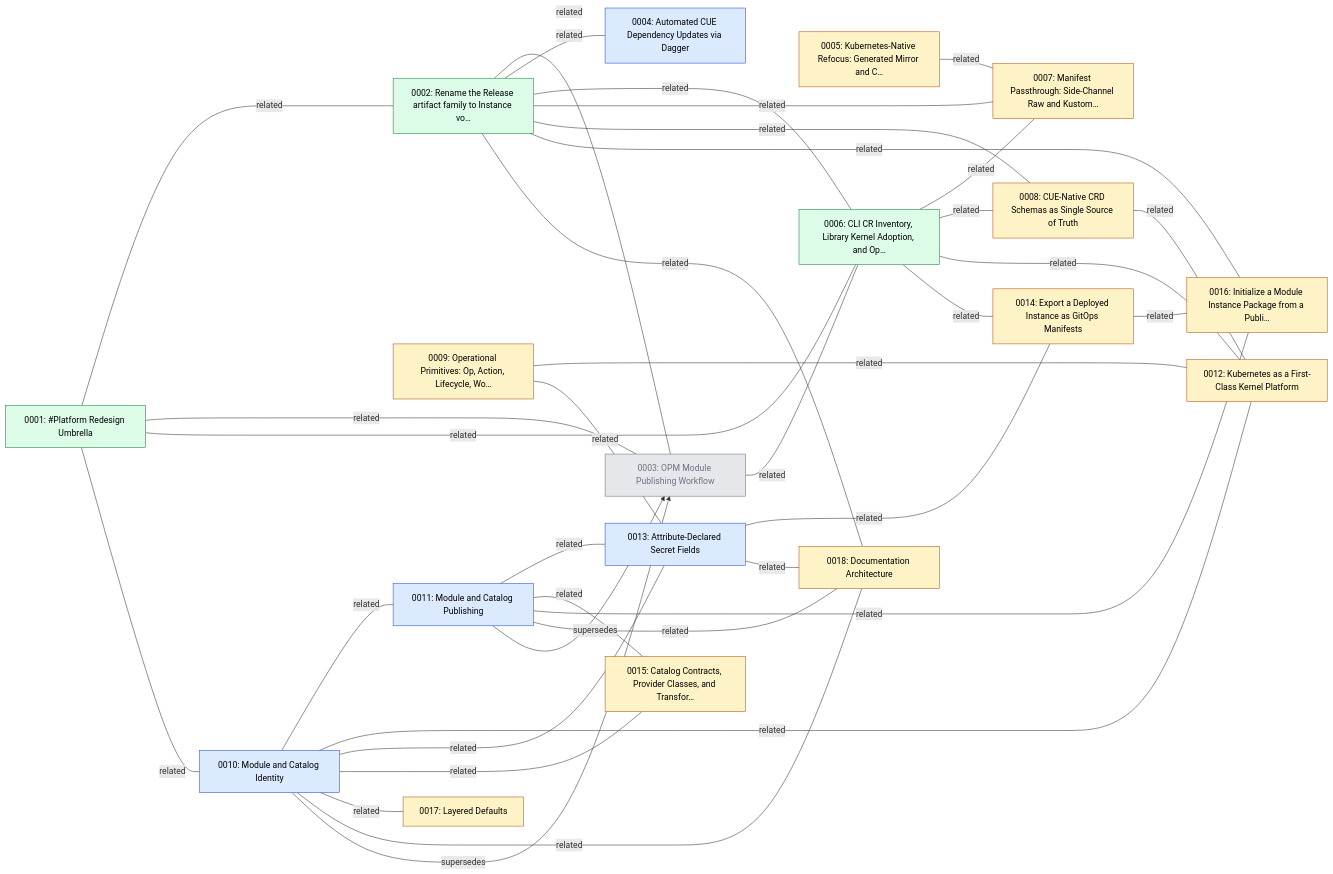
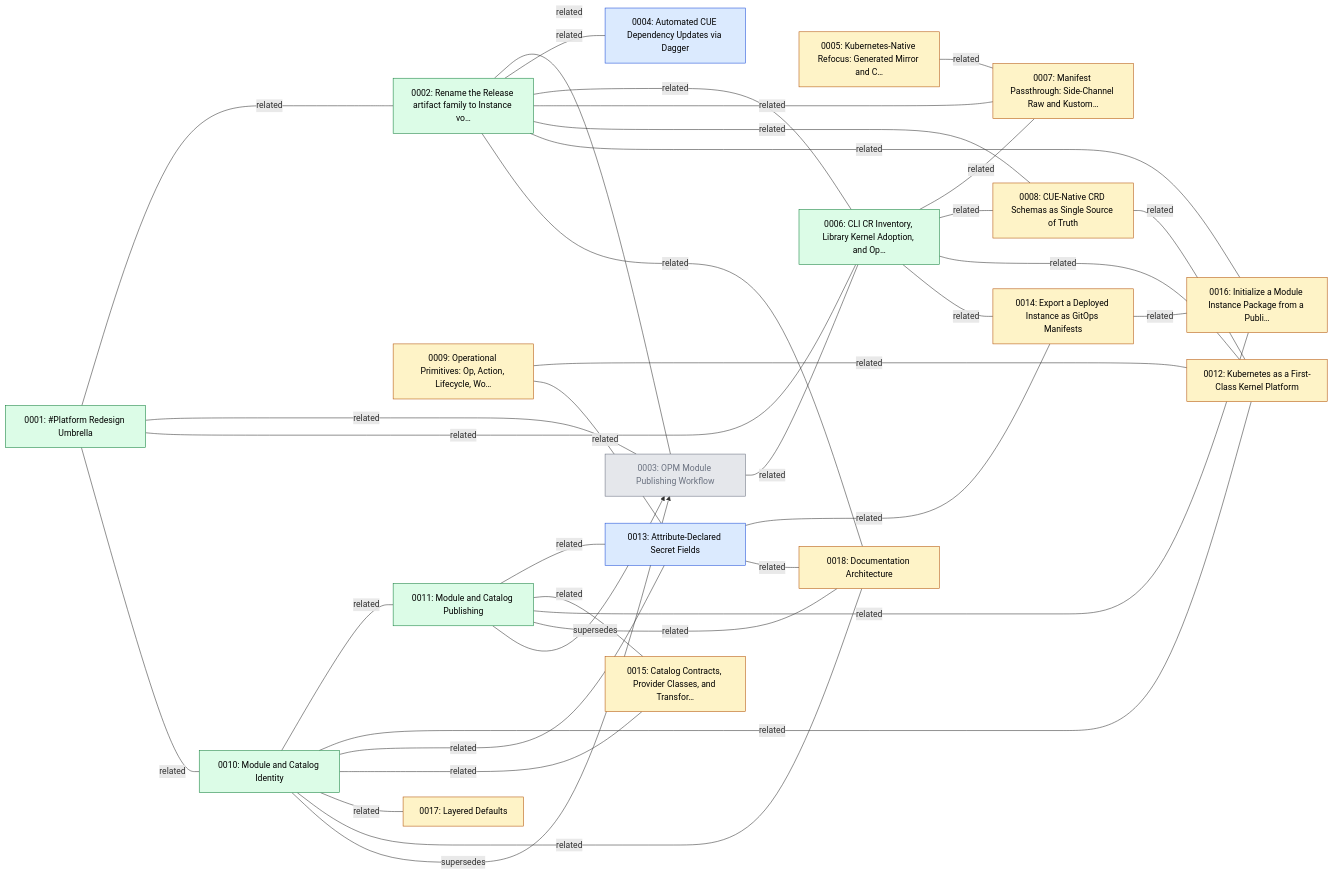
One commit to open-platform-model/enhancements changed the first of 2 diagrams in GRAPH.md. Above: the diagram before and after it, drawn with Mermaid.

````diff
--- a/GRAPH.md
+++ b/GRAPH.md
@@ -5,63 +5,63 @@
 ```mermaid
 graph LR
   classDef draft       fill:#fef3c7,stroke:#b45309,color:#000
   classDef accepted    fill:#dbeafe,stroke:#1d4ed8,color:#000
   classDef implemented fill:#dcfce7,stroke:#15803d,color:#000
   classDef superseded  fill:#e5e7eb,stroke:#6b7280,color:#6b7280
   classDef legacy      fill:#fafafa,stroke:#9ca3af,color:#6b7280,stroke-dasharray:3 3
 
   N0001["0001: #Platform Redesign Umbrella"]:::implemented
   N0002["0002: Rename the Release artifact family to Instance vo…"]:::implemented
   N0003["0003: OPM Module Publishing Workflow"]:::superseded
   N0004["0004: Automated CUE Dependency Updates via Dagger"]:::accepted
   N0005["0005: Kubernetes-Native Refocus: Generated Mirror and C…"]:::draft
   N0006["0006: CLI CR Inventory, Library Kernel Adoption, and Op…"]:::implemented
   N0007["0007: Manifest Passthrough: Side-Channel Raw and Kustom…"]:::draft
   N0008["0008: CUE-Native CRD Schemas as Single Source of Truth"]:::draft
   N0009["0009: Operational Primitives: Op, Action, Lifecycle, Wo…"]:::draft
-  N0010["0010: Module and Catalog Identity"]:::accepted
-  N0011["0011: Module and Catalog Publishing"]:::accepted
+  N0010["0010: Module and Catalog Identity"]:::implemented
+  N0011["0011: Module and Catalog Publishing"]:::implemented
   N0012["0012: Kubernetes as a First-Class Kernel Platform"]:::draft
   N0013["0013: Attribute-Declared Secret Fields"]:::accepted
   N0014["0014: Export a Deployed Instance as GitOps Manifests"]:::draft
   N0015["0015: Catalog Contracts, Provider Classes, and Transfor…"]:::draft
   N0016["0016: Initialize a Module Instance Package from a Publi…"]:::draft
   N0017["0017: Layered Defaults"]:::draft
   N0018["0018: Documentation Architecture"]:::draft
 
   N0001 ---|related| N0002
   N0001 ---|related| N0003
   N0001 ---|related| N0006
   N0001 ---|related| N0010
   N0002 ---|related| N0003
   N0002 ---|related| N0004
   N0002 ---|related| N0006
   N0002 ---|related| N0007
   N0002 ---|related| N0008
   N0002 ---|related| N0016
   N0002 ---|related| N0018
   N0003 ---|related| N0006
   N0005 ---|related| N0007
   N0006 ---|related| N0007
   N0006 ---|related| N0008
   N0006 ---|related| N0012
   N0006 ---|related| N0014
   N0008 ---|related| N0012
   N0009 ---|related| N0012
   N0009 ---|related| N0013
   N0010 ---|related| N0011
   N0010 ---|related| N0012
   N0010 ---|related| N0013
   N0010 ---|related| N0015
   N0010 ---|related| N0017
   N0010 ---|related| N0018
   N0011 ---|related| N0013
   N0011 ---|related| N0015
   N0011 ---|related| N0016
   N0011 ---|related| N0018
   N0013 ---|related| N0014
   N0013 ---|related| N0018
   N0014 ---|related| N0016
   N0010 -->|supersedes| N0003
   N0011 -->|supersedes| N0003
 ```
````
